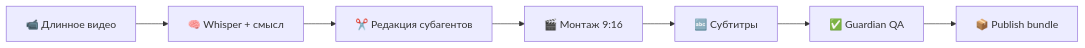
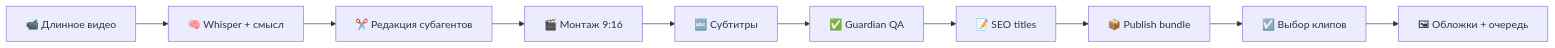
The diagram in README.md (Horosheff/hyperion-reels), drawn with Mermaid before and after one commit. The commit also changed other lines of this file and 80 other files, not shown here.

````diff
--- a/README.md
+++ b/README.md
@@ -65,9 +65,12 @@
 ```mermaid
 flowchart LR
   A[📹 Длинное видео] --> B[🧠 Whisper + смысл]
   B --> C[✂️ Редакция субагентов]
   C --> D[🎬 Монтаж 9:16]
   D --> E[🔤 Субтитры]
   E --> F[✅ Guardian QA]
-  F --> G[📦 Publish bundle]
+  F --> G[📝 SEO titles]
+  G --> H[📦 Publish bundle]
+  H --> I[☑️ Выбор клипов]
+  I --> J[🖼 Обложки + очередь]
 ```
````
